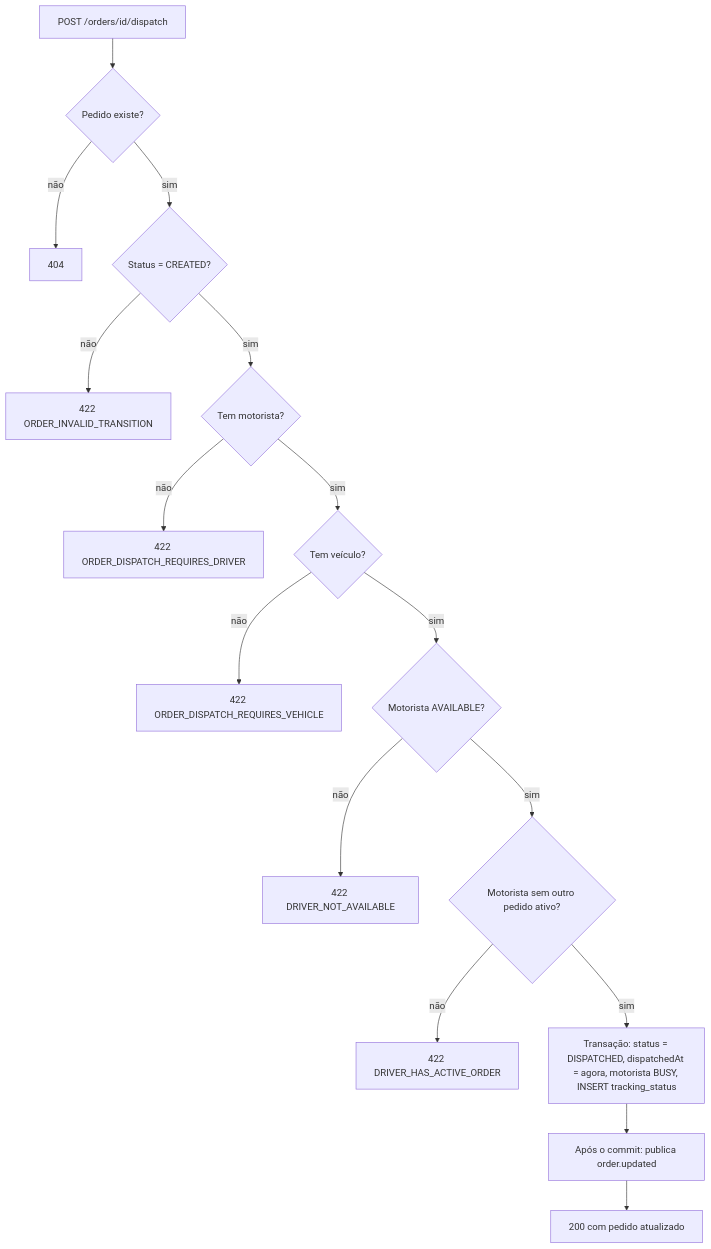
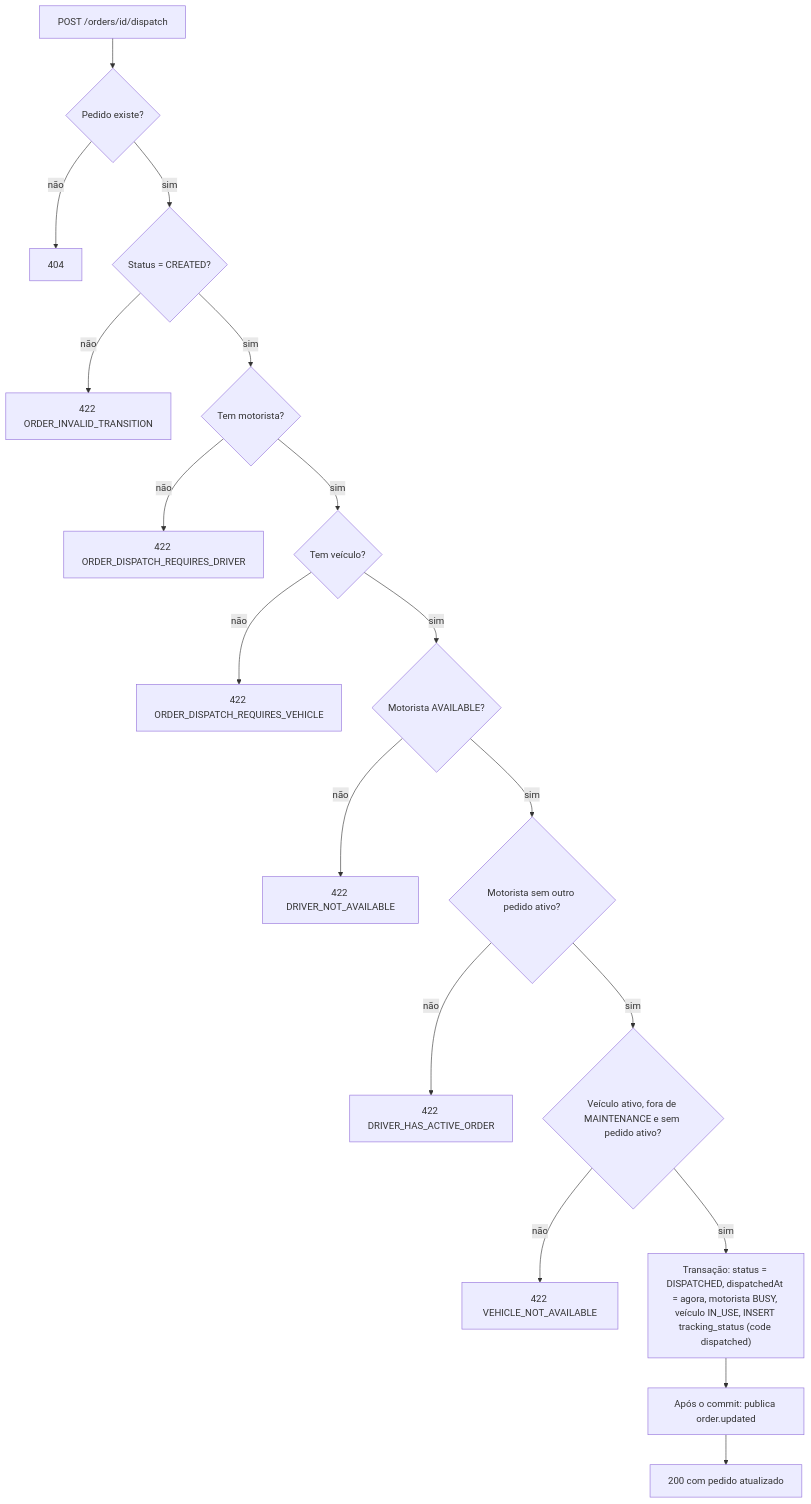
The fourth of 17 diagrams in docs/flows.md (Edryck/kj-fleets), drawn with Mermaid before and after one commit. The commit also changed other lines of this file and 4 other files, not shown here.

````diff
--- a/docs/flows.md
+++ b/docs/flows.md
@@ -71,18 +84,20 @@
 ```mermaid
 flowchart TD
     A["POST /orders/id/dispatch"] --> B{"Pedido existe?"}
     B -- não --> E404["404"]
     B -- sim --> C{"Status = CREATED?"}
     C -- não --> E1["422 ORDER_INVALID_TRANSITION"]
     C -- sim --> D{"Tem motorista?"}
     D -- não --> E2["422 ORDER_DISPATCH_REQUIRES_DRIVER"]
     D -- sim --> F{"Tem veículo?"}
     F -- não --> E3["422 ORDER_DISPATCH_REQUIRES_VEHICLE"]
     F -- sim --> G{"Motorista AVAILABLE?"}
     G -- não --> E4["422 DRIVER_NOT_AVAILABLE"]
     G -- sim --> H{"Motorista sem outro pedido ativo?"}
     H -- não --> E5["422 DRIVER_HAS_ACTIVE_ORDER"]
-    H -- sim --> T["Transação: status = DISPATCHED, dispatchedAt = agora, motorista BUSY, INSERT tracking_status"]
+    H -- sim --> M{"Veículo ativo, fora de MAINTENANCE e sem pedido ativo?"}
+    M -- não --> E6["422 VEHICLE_NOT_AVAILABLE"]
+    M -- sim --> T["Transação: status = DISPATCHED, dispatchedAt = agora, motorista BUSY, veículo IN_USE, INSERT tracking_status (code dispatched)"]
     T --> P["Após o commit: publica order.updated"]
     P --> OK["200 com pedido atualizado"]
 ```
````
